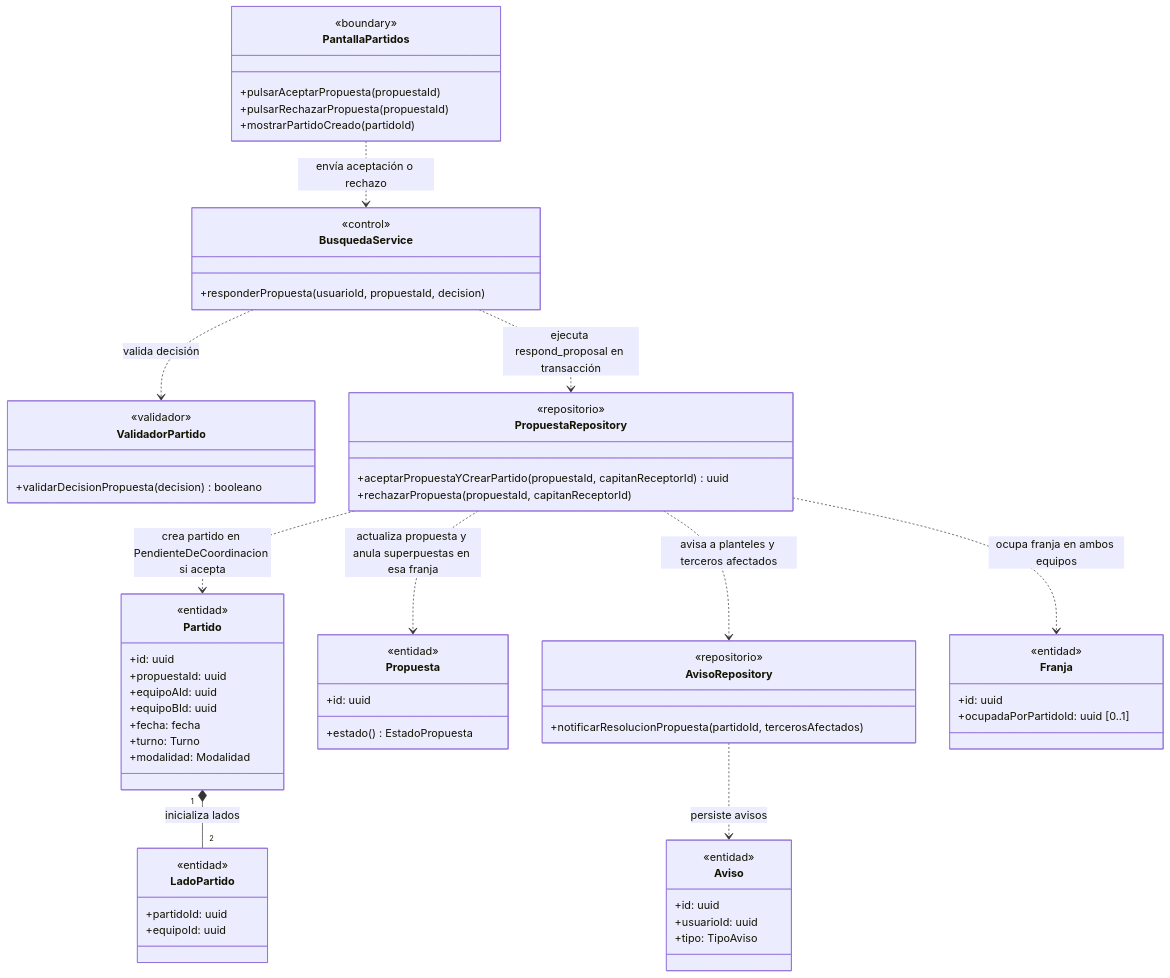
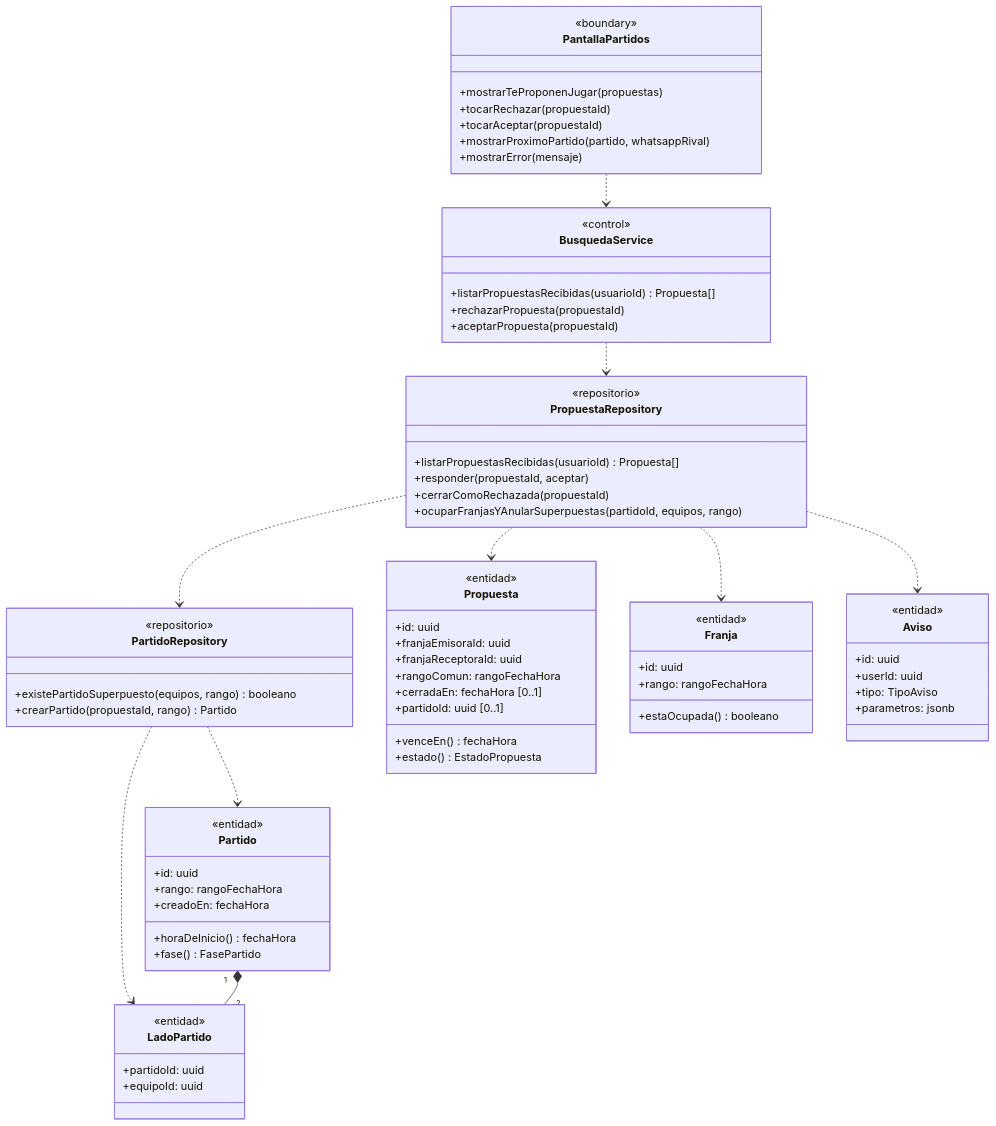
The seventh of 15 diagrams in docs/diagramas-de-clase/partidos.md (nicqletal/torneos-scraper), drawn with Mermaid before and after one commit. The commit also changed other lines of this file and 13 other files, not shown here.

````diff
--- a/docs/diagramas-de-clase/partidos.md
+++ b/docs/diagramas-de-clase/partidos.md
@@ -438,67 +558,75 @@
 ```mermaid
 classDiagram
-direction TB
 class PantallaPartidos {
   <<boundary>>
-  +pulsarAceptarPropuesta(propuestaId)
-  +pulsarRechazarPropuesta(propuestaId)
-  +mostrarPartidoCreado(partidoId)
+  +mostrarTeProponenJugar(propuestas)
+  +tocarRechazar(propuestaId)
+  +tocarAceptar(propuestaId)
+  +mostrarProximoPartido(partido, whatsappRival)
+  +mostrarError(mensaje)
 }
 class BusquedaService {
   <<control>>
-  +responderPropuesta(usuarioId, propuestaId, decision)
-}
-class ValidadorPartido {
-  <<validador>>
-  +validarDecisionPropuesta(decision) booleano
+  +listarPropuestasRecibidas(usuarioId) Propuesta[]
+  +rechazarPropuesta(propuestaId)
+  +aceptarPropuesta(propuestaId)
 }
 class PropuestaRepository {
   <<repositorio>>
-  +aceptarPropuestaYCrearPartido(propuestaId, capitanReceptorId) uuid
-  +rechazarPropuesta(propuestaId, capitanReceptorId)
+  +listarPropuestasRecibidas(usuarioId) Propuesta[]
+  +responder(propuestaId, aceptar)
+  +cerrarComoRechazada(propuestaId)
+  +ocuparFranjasYAnularSuperpuestas(partidoId, equipos, rango)
 }
-class AvisoRepository {
+class PartidoRepository {
   <<repositorio>>
-  +notificarResolucionPropuesta(partidoId, tercerosAfectados)
+  +existePartidoSuperpuesto(equipos, rango) booleano
+  +crearPartido(propuestaId, rango) Partido
 }
 class Propuesta {
   <<entidad>>
   +id: uuid
+  +franjaEmisoraId: uuid
+  +franjaReceptoraId: uuid
+  +rangoComun: rangoFechaHora
+  +cerradaEn: fechaHora [0..1]
+  +partidoId: uuid [0..1]
+  +venceEn() fechaHora
   +estado() EstadoPropuesta
 }
 class Partido {
   <<entidad>>
   +id: uuid
-  +propuestaId: uuid
-  +equipoAId: uuid
-  +equipoBId: uuid
-  +fecha: fecha
-  +turno: Turno
-  +modalidad: Modalidad
+  +rango: rangoFechaHora
+  +creadoEn: fechaHora
+  +horaDeInicio() fechaHora
+  +fase() FasePartido
 }
 class LadoPartido {
   <<entidad>>
   +partidoId: uuid
   +equipoId: uuid
 }
 class Franja {
   <<entidad>>
   +id: uuid
-  +ocupadaPorPartidoId: uuid [0..1]
+  +rango: rangoFechaHora
+  +estaOcupada() booleano
 }
 class Aviso {
   <<entidad>>
   +id: uuid
-  +usuarioId: uuid
+  +userId: uuid
   +tipo: TipoAviso
+  +parametros: jsonb
 }
-PantallaPartidos ..> BusquedaService : envía aceptación o rechazo
-BusquedaService ..> ValidadorPartido : valida decisión
-BusquedaService ..> PropuestaRepository : ejecuta respond_proposal en transacción
-PropuestaRepository ..> Propuesta : actualiza propuesta y anula superpuestas en esa franja
-PropuestaRepository ..> Partido : crea partido en PendienteDeCoordinacion si acepta
-Partido "1" *-- "2" LadoPartido : inicializa lados
-PropuestaRepository ..> Franja : ocupa franja en ambos equipos
-PropuestaRepository ..> AvisoRepository : avisa a planteles y terceros afectados
-AvisoRepository ..> Aviso : persiste avisos
+PantallaPartidos ..> BusquedaService
+BusquedaService ..> PropuestaRepository
+PropuestaRepository ..> PartidoRepository
+PropuestaRepository ..> Propuesta
+PropuestaRepository ..> Franja
+PropuestaRepository ..> Aviso
+PartidoRepository ..> Partido
+PartidoRepository ..> LadoPartido
+Partido "1" *-- "2" LadoPartido
 ```
````
